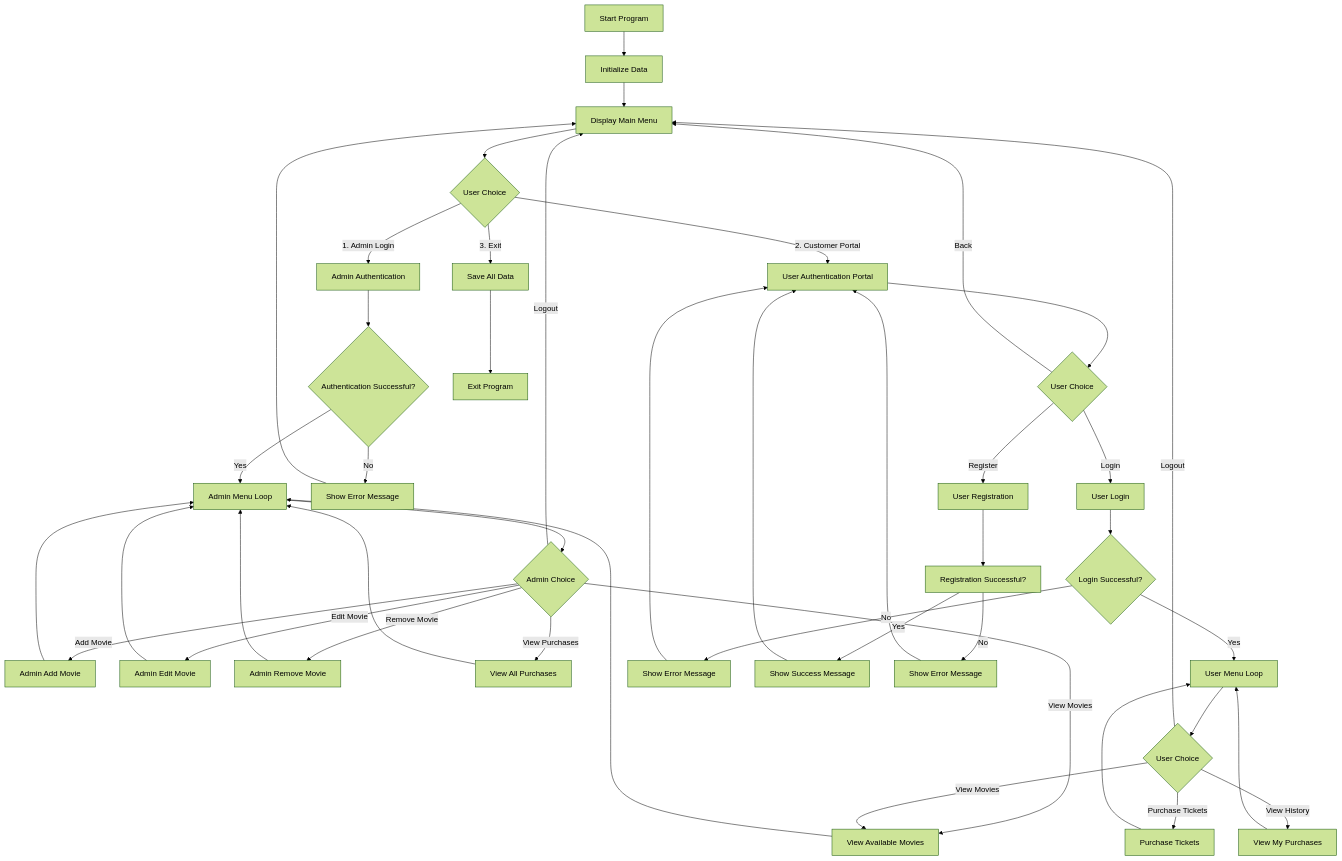
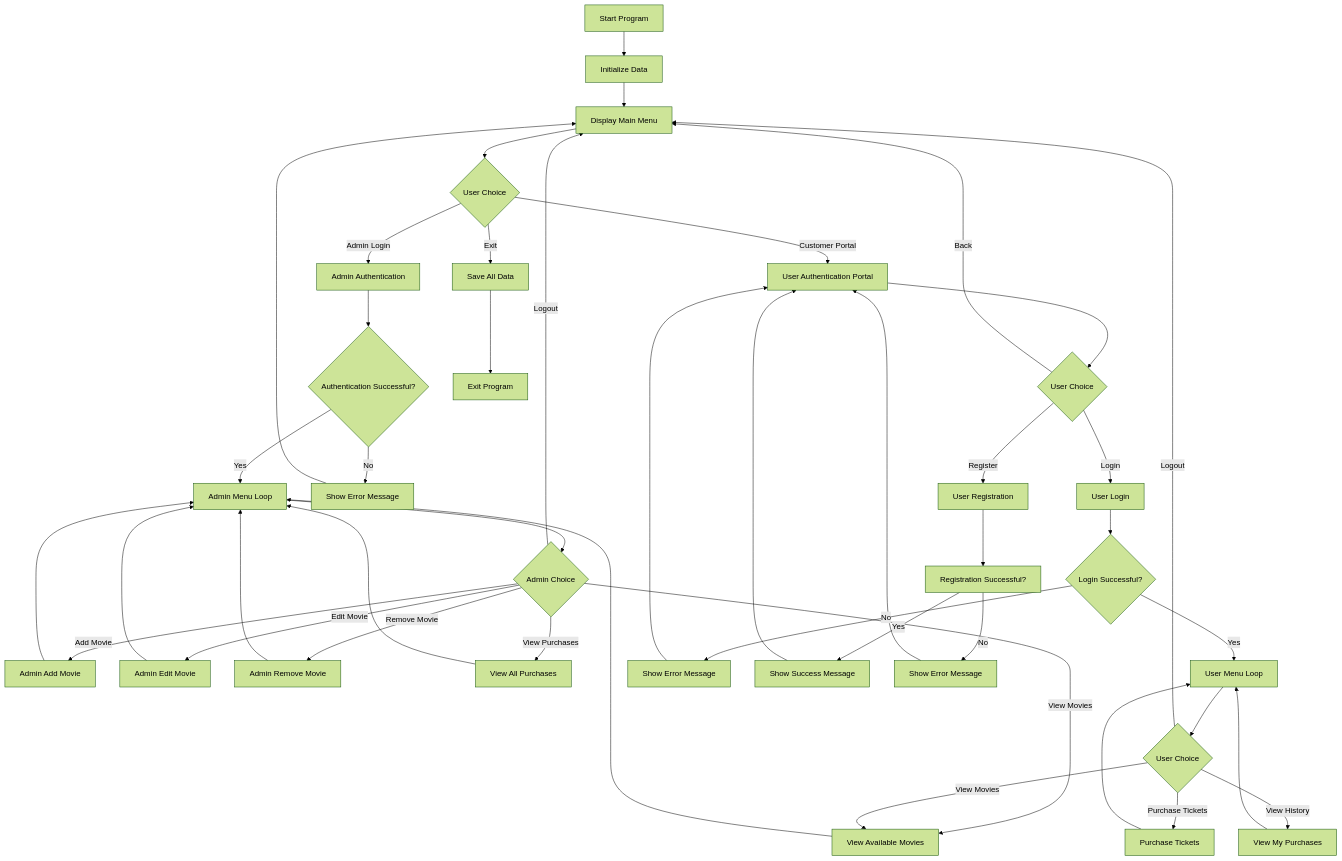
The first of 5 diagrams in README.md (QUENJiX/test.github.io), drawn with Mermaid (forest theme) before and after one commit. The commit also changed other lines of this file, not shown here.

````diff
--- a/README.md
+++ b/README.md
@@ -365,46 +365,46 @@
 ```mermaid
 graph TD
     A[Start Program] --> B[Initialize Data]
     B --> C[Display Main Menu]
     C --> D{User Choice}
-    D -->|1. Admin Login| E[Admin Authentication]
-    D -->|2. Customer Portal| F[User Authentication Portal]
-    D -->|3. Exit| G[Save All Data]
+    D -->|Admin Login| E[Admin Authentication]
+    D -->|Customer Portal| F[User Authentication Portal]
+    D -->|Exit| G[Save All Data]
     E --> H{Authentication Successful?}
     H -->|Yes| I[Admin Menu Loop]
     H -->|No| J[Show Error Message]
     J --> C
     I --> K{Admin Choice}
     K -->|Add Movie| L[Admin Add Movie]
     K -->|Edit Movie| M[Admin Edit Movie]
     K -->|Remove Movie| N[Admin Remove Movie]
     K -->|View Movies| O[View Available Movies]
     K -->|View Purchases| P[View All Purchases]
     K -->|Logout| C
     L --> I
     M --> I
     N --> I
     O --> I
     P --> I
     F --> Q{User Choice}
     Q -->|Login| R[User Login]
     Q -->|Register| S[User Registration]
     Q -->|Back| C
     R --> T{Login Successful?}
     T -->|Yes| U[User Menu Loop]
     T -->|No| V[Show Error Message]
     V --> F
     S --> W[Registration Successful?]
     W -->|Yes| X[Show Success Message]
     W -->|No| Y[Show Error Message]
     X --> F
     Y --> F
     U --> Z{User Choice}
     Z -->|View Movies| O
     Z -->|Purchase Tickets| AA[Purchase Tickets]
     Z -->|View History| AB[View My Purchases]
     Z -->|Logout| C
     AA --> U
     AB --> U
     G --> AC[Exit Program]
 ```
````
